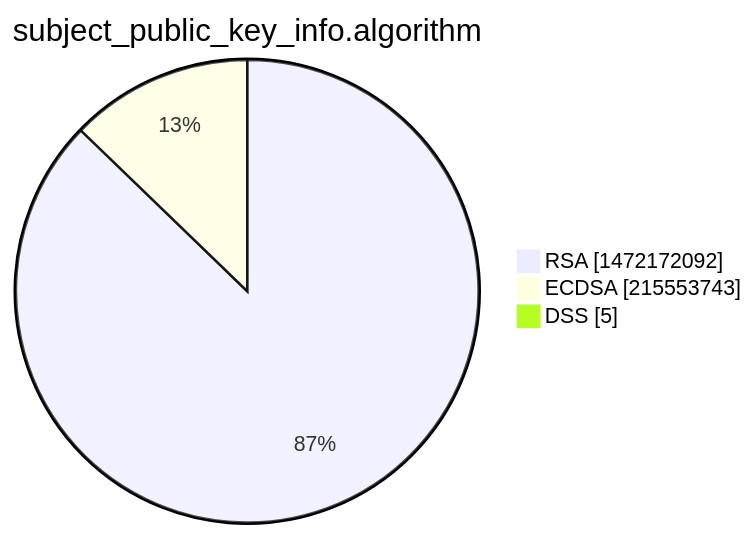
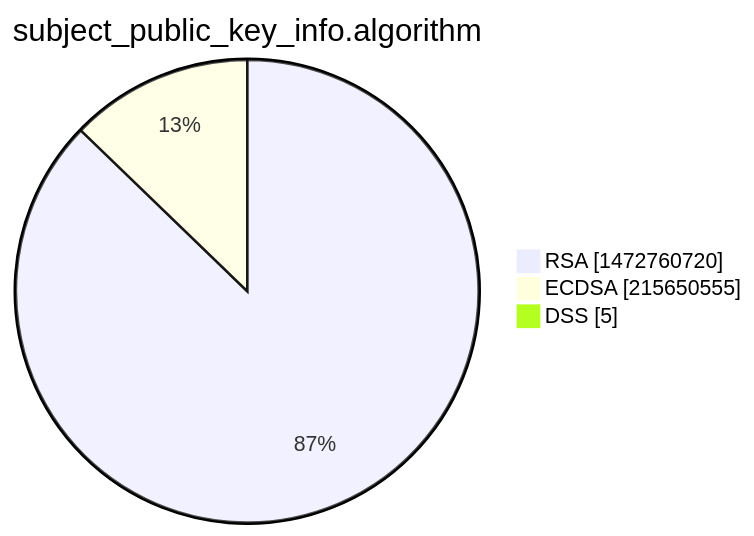
The third of 15 diagrams in xenon2022/README.md (christiankrug/ctmonitor_visualization), drawn with Mermaid before and after one commit. The commit also changed other lines of this file, not shown here.

````diff
--- a/xenon2022/README.md
+++ b/xenon2022/README.md
@@ -14,7 +14,7 @@
 ```mermaid
 pie showData
 title subject_public_key_info.algorithm
-"RSA" :1472172092
-"ECDSA" :215553743
+"RSA" :1472760720
+"ECDSA" :215650555
 "DSS" :5
 ```
````
